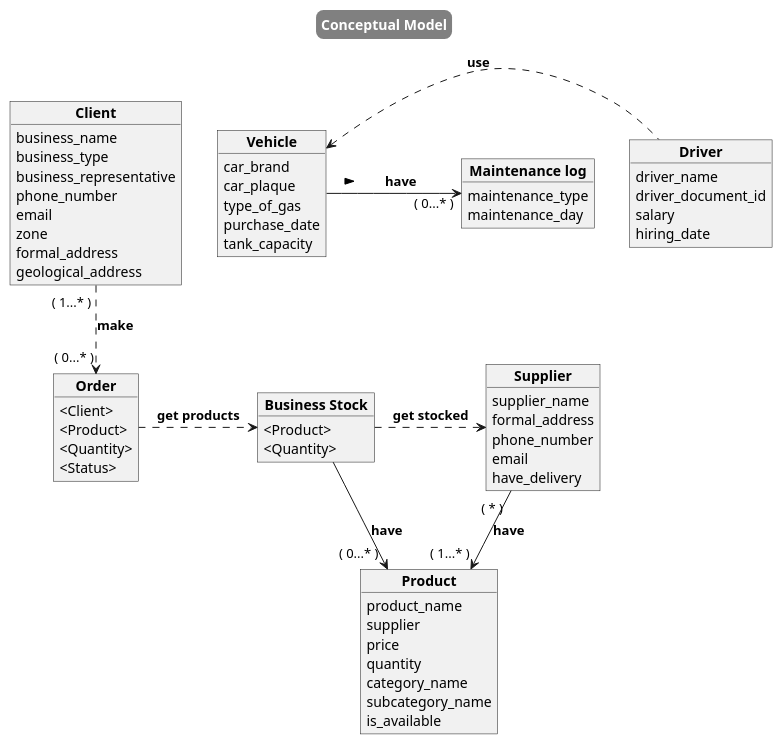
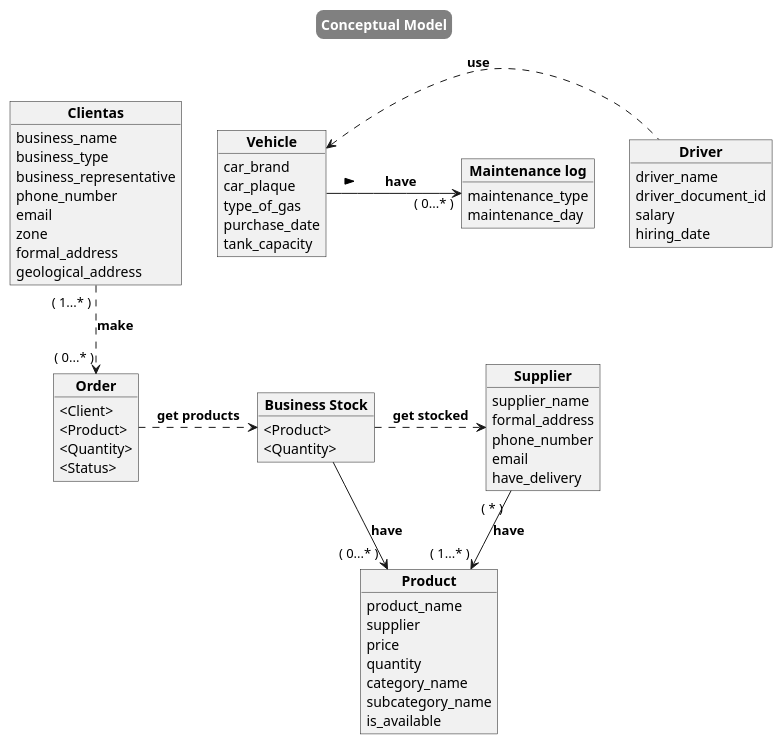
Before and after one commit to hros19/CorreCaminos-management-system: the diagram in database_diagram.wsd, drawn with PlantUML.

```diff
--- a/database_diagram.wsd
+++ b/database_diagram.wsd
@@ -1,79 +1,79 @@
 @startuml Conceptual Database Model
 
 skinparam TitleBorderRoundCorner 15
 skinparam TitleBorderThickness 3
 skinparam TitleBackgroundColor gray
 skinparam TitleFontColor white
 
 title Conceptual Model
 
-object "**Client**" as Client {
+object "**Clientas**" as Client {
     business_name
     business_type
     business_representative
     phone_number
     email
     zone
     formal_address
     geological_address
 }
 
 object "**Driver**" as Driver {
     driver_name
     driver_document_id
     salary
     hiring_date
 }
  
 object "**Vehicle**" as Vehicle {
     car_brand
     car_plaque
     type_of_gas
     purchase_date
     tank_capacity
 }
 
 object "**Maintenance log**" as MaintenanceLog {
     maintenance_type
     maintenance_day
 }
 
 object "**Business Stock**" as BusinessStock {
     <Product> 
     <Quantity>
 }
 
 object "**Order**" as Order {
     <Client>
     <Product> 
     <Quantity>
     <Status>
 }
 
 object "**Product**" as Product {
     product_name
     supplier
     price
     quantity
     category_name
     subcategory_name
     is_available
 }
 
 object "**Supplier**" as Supplier {
     supplier_name
     formal_address
     phone_number
     email
     have_delivery
 }
 
 BusinessStock .> Supplier : "**get stocked**"
 Vehicle  <. Driver : "**use**"
 Client " ( 1...* ) " ..> "( 0...* )" Order : "**make**"
 Supplier " ( * ) " --> " ( 1...* ) " Product : "**have**"
 Product " ( 0...* ) " <-- BusinessStock : "**have**" 
 Order .> BusinessStock : "**get products**"
 Vehicle -> "( 0...* )" MaintenanceLog : \t**have**\t >
 
 @enduml
```
